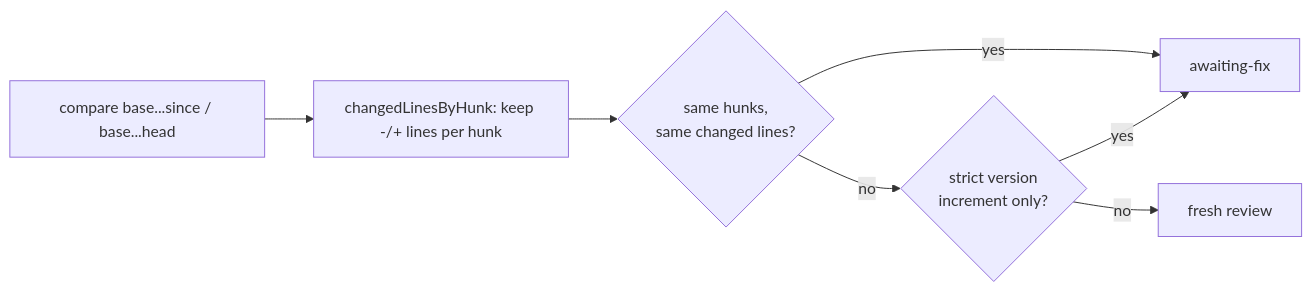
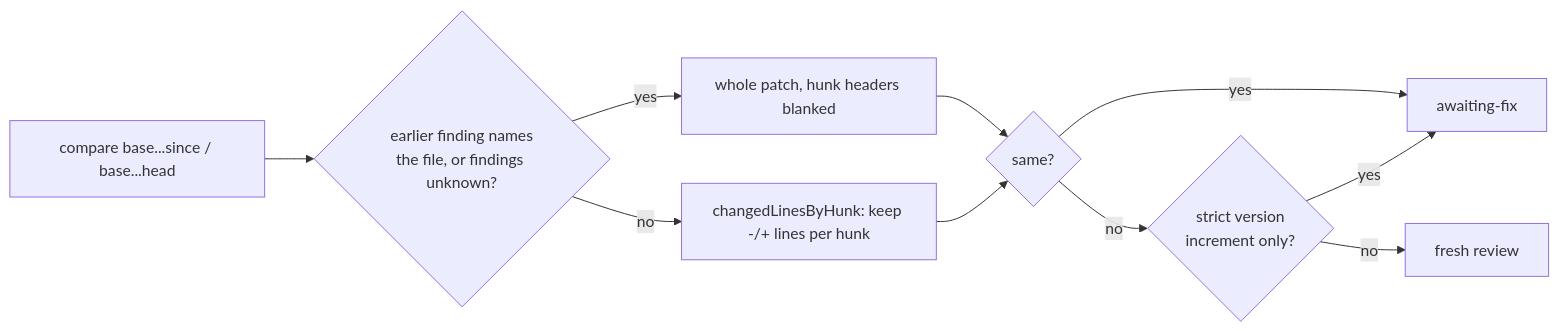
One commit to stSoftwareAU/VibeCoder changed the diagram in docs/archive/pr-summaries/pr-summary-4476.md. Above: the diagram before and after it, drawn with Mermaid. The commit also changed other lines of this file and 4 other files, not shown here.

First line of the commit message:
Keep context compared in files an earlier finding names (PR #4525 review)

````diff
--- a/docs/archive/pr-summaries/pr-summary-4476.md
+++ b/docs/archive/pr-summaries/pr-summary-4476.md
@@ -42,9 +50,12 @@
 ```mermaid
 flowchart LR
-    P["compare base...since / base...head"] --> R["changedLinesByHunk: keep -/+ lines per hunk"]
-    R --> S{"same hunks,<br/>same changed lines?"}
+    P["compare base...since / base...head"] --> N{"earlier finding names<br/>the file, or findings unknown?"}
+    N -- yes --> W["whole patch, hunk headers blanked"]
+    N -- no --> R["changedLinesByHunk: keep -/+ lines per hunk"]
+    W --> S{"same?"}
+    R --> S
     S -- yes --> A["awaiting-fix"]
     S -- no --> V{"strict version<br/>increment only?"}
     V -- yes --> A
     V -- no --> F["fresh review"]
 ```
````
